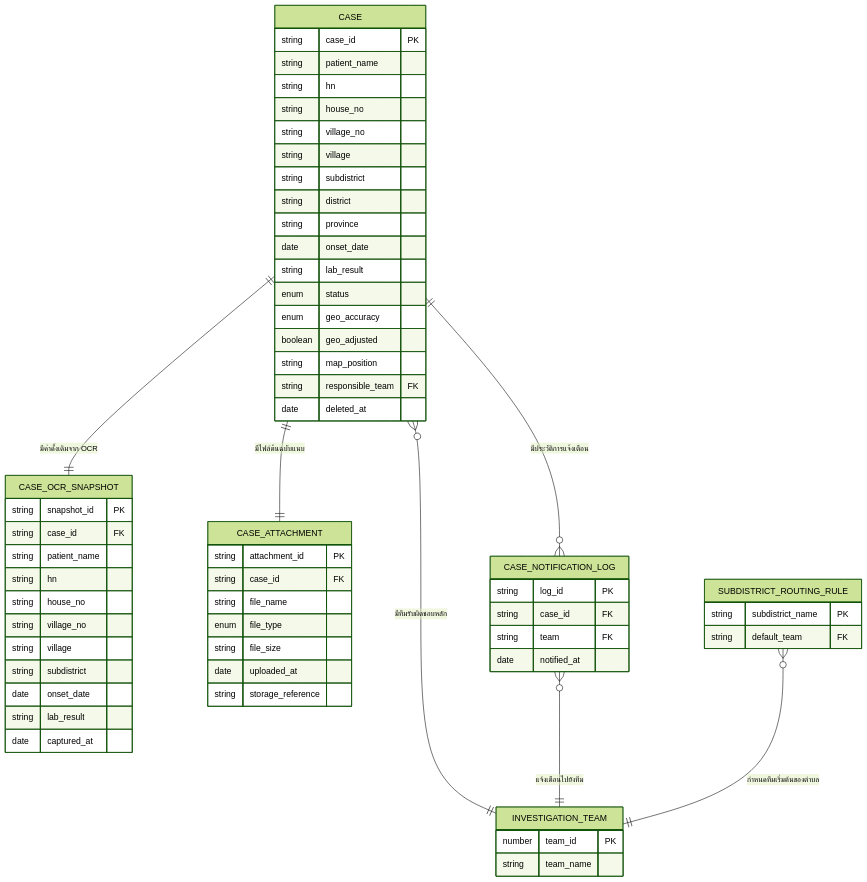
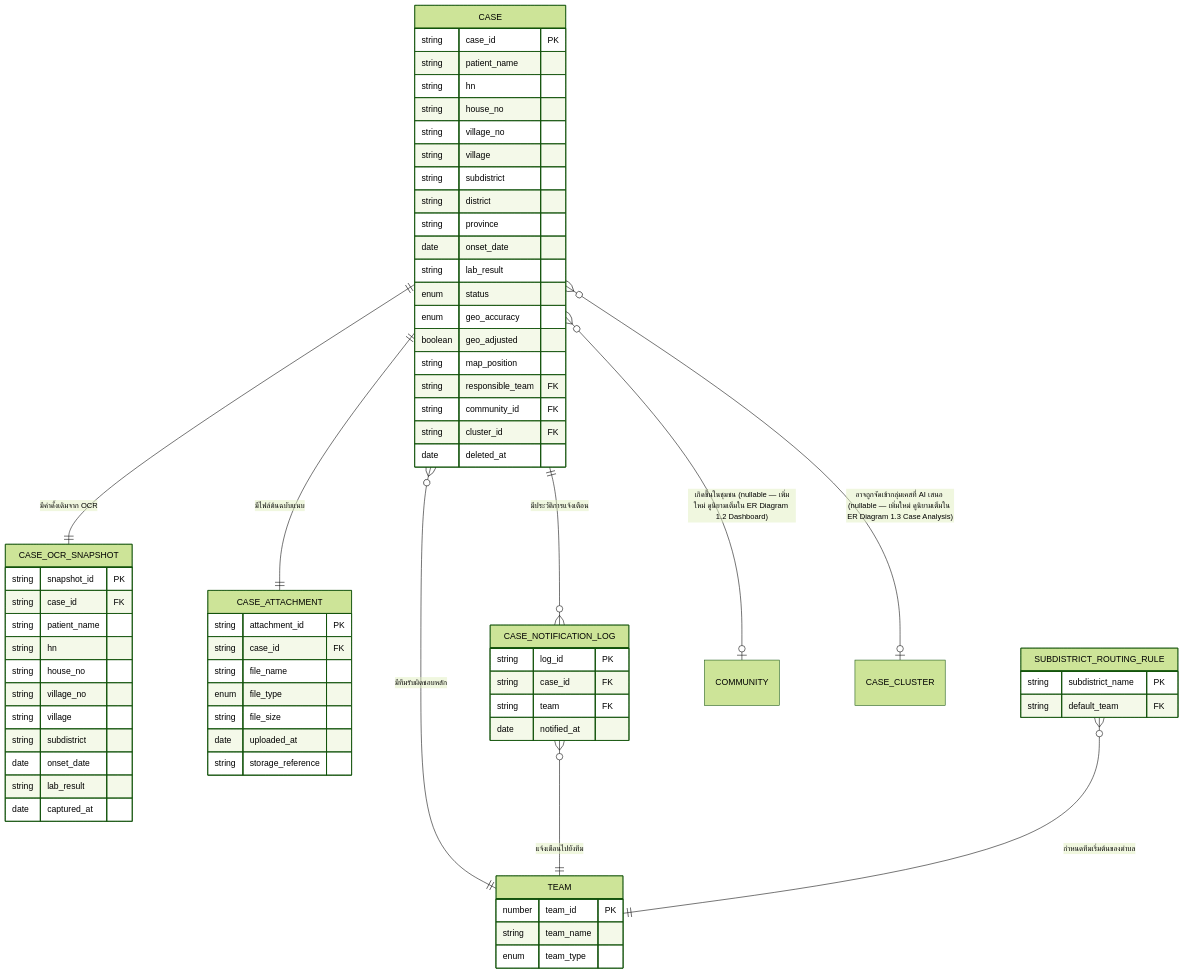
One commit to Plabuchill/AI-DSRP changed the first of 8 diagrams in docs/02-design/02-technical/DATA-MODEL.md. Above: the diagram before and after it, drawn with Mermaid (forest theme). The commit also changed other lines of this file and 4 other files, not shown here.

````diff
--- a/docs/02-design/02-technical/DATA-MODEL.md
+++ b/docs/02-design/02-technical/DATA-MODEL.md
@@ -9,65 +13,70 @@
 ```mermaid
 erDiagram
   CASE ||--|| CASE_OCR_SNAPSHOT : "มีค่าดั้งเดิมจาก OCR"
   CASE ||--|| CASE_ATTACHMENT : "มีไฟล์ต้นฉบับแนบ"
-  CASE }o--|| INVESTIGATION_TEAM : "มีทีมรับผิดชอบหลัก"
+  CASE }o--|| TEAM : "มีทีมรับผิดชอบหลัก"
   CASE ||--o{ CASE_NOTIFICATION_LOG : "มีประวัติการแจ้งเตือน"
-  CASE_NOTIFICATION_LOG }o--|| INVESTIGATION_TEAM : "แจ้งเตือนไปยังทีม"
-  SUBDISTRICT_ROUTING_RULE }o--|| INVESTIGATION_TEAM : "กำหนดทีมเริ่มต้นของตำบล"
+  CASE_NOTIFICATION_LOG }o--|| TEAM : "แจ้งเตือนไปยังทีม"
+  SUBDISTRICT_ROUTING_RULE }o--|| TEAM : "กำหนดทีมเริ่มต้นของตำบล"
+  CASE }o--o| COMMUNITY : "เกิดขึ้นในชุมชน (nullable — เพิ่มใหม่ ดูนิยามเต็มใน ER Diagram 1.2 Dashboard)"
+  CASE }o--o| CASE_CLUSTER : "อาจถูกจัดเข้ากลุ่มเคสที่ AI เสนอ (nullable — เพิ่มใหม่ ดูนิยามเต็มใน ER Diagram 1.3 Case Analysis)"
 
   CASE {
     string case_id PK
     string patient_name
     string hn
     string house_no
     string village_no
     string village
     string subdistrict
     string district
     string province
     date onset_date
     string lab_result
     enum status
     enum geo_accuracy
     boolean geo_adjusted
     string map_position
     string responsible_team FK
+    string community_id FK
+    string cluster_id FK
     date deleted_at
   }
   CASE_OCR_SNAPSHOT {
     string snapshot_id PK
     string case_id FK
     string patient_name
     string hn
     string house_no
     string village_no
     string village
     string subdistrict
     date onset_date
     string lab_result
     date captured_at
   }
   CASE_ATTACHMENT {
     string attachment_id PK
     string case_id FK
     string file_name
     enum file_type
     string file_size
     date uploaded_at
     string storage_reference
   }
-  INVESTIGATION_TEAM {
+  TEAM {
     number team_id PK
     string team_name
+    enum team_type
   }
   SUBDISTRICT_ROUTING_RULE {
     string subdistrict_name PK
     string default_team FK
   }
   CASE_NOTIFICATION_LOG {
     string log_id PK
     string case_id FK
     string team FK
     date notified_at
   }
 ```
````
